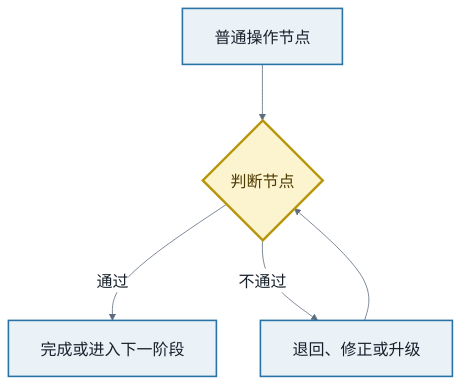
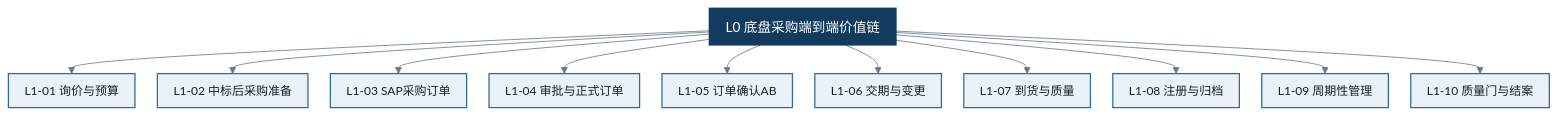
Before and after one commit to giengenbw/chassisprocess: the first of 53 diagrams in README.md, drawn with Mermaid. The commit also changed other lines of this file, not shown here.

````diff
--- a/README.md
+++ b/README.md
@@ -11,11 +108,18 @@
 ```mermaid
-%%{init: {'theme':'base','flowchart':{'curve':'basis','nodeSpacing':55,'rankSpacing':70,'padding':20,'htmlLabels':true,'useMaxWidth':false},'themeVariables':{'fontFamily':'Microsoft YaHei, Noto Sans SC, Arial, sans-serif','fontSize':'20px','primaryColor':'#EAF2F8','primaryTextColor':'#17202A','primaryBorderColor':'#2874A6','lineColor':'#5D6D7E','secondaryColor':'#FDF2E9','tertiaryColor':'#E8F8F5','clusterBkg':'#F8F9F9','clusterBorder':'#AAB7B8','edgeLabelBackground':'#FFFFFF'}}}%%
+%%{init: {'theme':'base','flowchart':{'curve':'basis','nodeSpacing':28,'rankSpacing':36,'padding':10,'htmlLabels':true,'useMaxWidth':true},'themeVariables':{'fontFamily':'Microsoft YaHei, Noto Sans SC, Arial, sans-serif','fontSize':'15px','primaryColor':'#EAF2F8','primaryTextColor':'#17202A','primaryBorderColor':'#2E6E9E','lineColor':'#667788','edgeLabelBackground':'#FFFFFF'}}}%%
 flowchart TB
-    A[普通操作节点] --> B{判断节点}
-    B -->|通过| C[完成或进入下一阶段]
-    B -->|不通过| D[退回、修正或升级]
-    D --> B
-    classDef default fill:#EAF2F8,stroke:#2874A6,stroke-width:2px,color:#17202A,font-size:20px;
-    classDef decision fill:#FCF3CF,stroke:#B7950B,stroke-width:3px,color:#4D3B00,font-size:20px;
-    class B decision;
+    L0["L0 底盘采购端到端价值链"]
+    L0 --> A["L1-01 询价与预算"]
+    L0 --> B["L1-02 中标后采购准备"]
+    L0 --> C["L1-03 SAP采购订单"]
+    L0 --> D["L1-04 审批与正式订单"]
+    L0 --> E["L1-05 订单确认AB"]
+    L0 --> F["L1-06 交期与变更"]
+    L0 --> G["L1-07 到货与质量"]
+    L0 --> H["L1-08 注册与归档"]
+    L0 --> I["L1-09 周期性管理"]
+    L0 --> J["L1-10 质量门与结案"]
+    classDef default fill:#EAF2F8,stroke:#2E6E9E,stroke-width:1.6px,color:#17202A,font-size:15px;
+    classDef core fill:#123B5D,stroke:#123B5D,stroke-width:2px,color:#FFFFFF,font-size:17px;
+    class L0 core;
 ```
````
